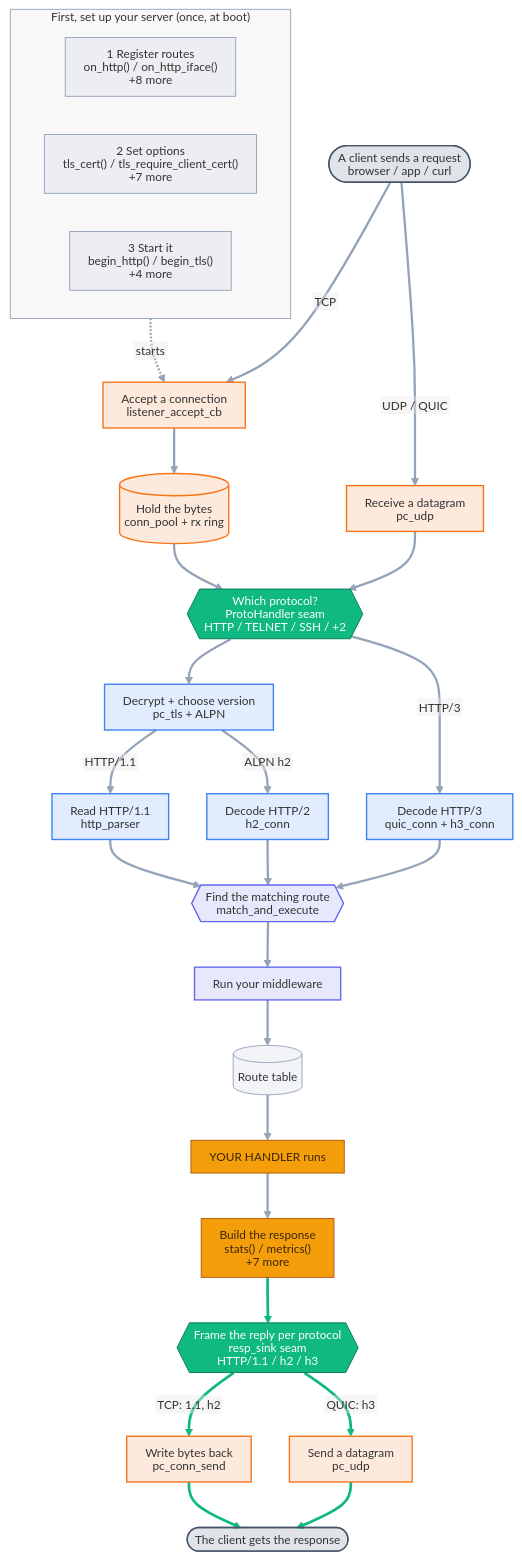
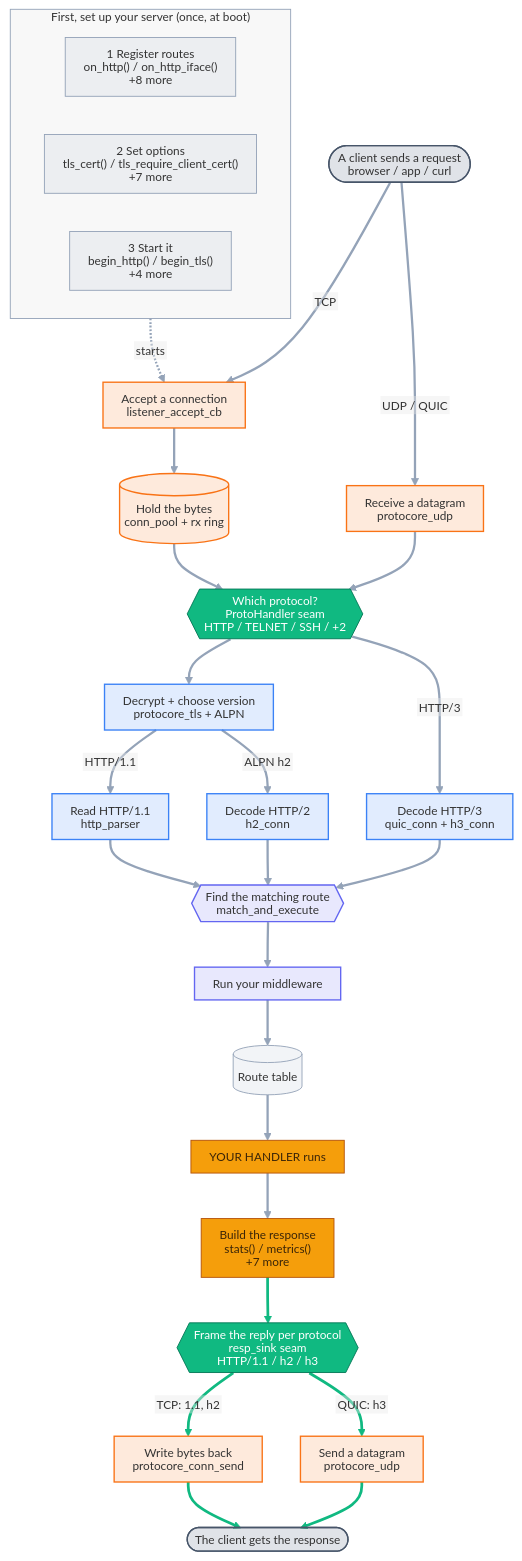
Before and after one commit to dstroy0/ProtoCore: the diagram in docs/diagrams/api_flow.mmd, drawn with Mermaid. The commit also changed 2534 other files, not shown here.

```diff
--- a/docs/diagrams/api_flow.mmd
+++ b/docs/diagrams/api_flow.mmd
@@ -1,69 +1,69 @@
 %%{init: {'htmlLabels':false,'themeVariables':{'fontFamily':'sans-serif','fontSize':'13px','lineColor':'#94a3b8'},'flowchart':{'curve':'basis','nodeSpacing':42,'rankSpacing':50,'padding':10,'useMaxWidth':true,'htmlLabels':false}}}%%
 flowchart TB
   %% Auto-generated from the public API, proto_builtins.c, and presentation/ on disk.
   subgraph SETUP["First, set up your server (once, at boot)"]
     direction LR
     reg["1 Register routes<br/>on_http() / on_http_iface()<br/>+8 more"]
     cfg["2 Set options<br/>tls_cert() / tls_require_client_cert()<br/>+7 more"]
     run["3 Start it<br/>begin_http() / begin_tls()<br/>+4 more"]
   end
 
   cin(["A client sends a request<br/>browser / app / curl"])
   listen["Accept a connection<br/>listener_accept_cb"]
   ring[("Hold the bytes<br/>conn_pool + rx ring")]
-  udprx["Receive a datagram<br/>pc_udp"]
+  udprx["Receive a datagram<br/>protocore_udp"]
   seam{{"Which protocol?<br/>ProtoHandler seam<br/>HTTP / TELNET / SSH / +2"}}
-  tls["Decrypt + choose version<br/>pc_tls + ALPN"]
+  tls["Decrypt + choose version<br/>protocore_tls + ALPN"]
   parser["Read HTTP/1.1<br/>http_parser"]
   h2["Decode HTTP/2<br/>h2_conn"]
   h3["Decode HTTP/3<br/>quic_conn + h3_conn"]
   mae{{"Find the matching route<br/>match_and_execute"}}
   mw["Run your middleware"]
   routes[("Route table")]
   handler["YOUR HANDLER runs"]
   resp["Build the response<br/>stats() / metrics()<br/>+7 more"]
   sink{{"Frame the reply per protocol<br/>resp_sink seam<br/>HTTP/1.1 / h2 / h3"}}
-  consend["Write bytes back<br/>pc_conn_send"]
-  udptx["Send a datagram<br/>pc_udp"]
+  consend["Write bytes back<br/>protocore_conn_send"]
+  udptx["Send a datagram<br/>protocore_udp"]
   cout(["The client gets the response"])
 
   run -.->|starts| listen
   cin ==>|TCP| listen
   listen --> ring
   ring --> seam
   cin ==>|UDP / QUIC| udprx
   udprx --> seam
   seam --> tls
   tls -->|HTTP/1.1| parser
   tls -->|ALPN h2| h2
   seam -->|HTTP/3| h3
   parser --> mae
   h2 --> mae
   h3 --> mae
   mae --> mw
   mw --> routes
   routes --> handler
   handler --> resp
   resp --> sink
   sink -->|TCP: 1.1, h2| consend
   sink -->|QUIC: h3| udptx
   consend ==> cout
   udptx ==> cout
 
   class cin,cout ext;
   class reg,cfg,run,routes setup;
   class listen,ring,udprx,udptx,consend l4;
   class seam,sink seam;
   class tls,parser,h2,h3 l6;
   class mae,mw l7;
   class handler,resp you;
   classDef ext fill:#64748b33,stroke:#475569,stroke-width:1.5px;
   classDef setup fill:#94a3b81f,stroke:#94a3b8;
   classDef l4 fill:#f9731626,stroke:#f97316,stroke-width:1.5px;
   classDef seam fill:#10b981,stroke:#047857,color:#ffffff;
   classDef l6 fill:#3b82f626,stroke:#3b82f6,stroke-width:1.5px;
   classDef l7 fill:#6366f126,stroke:#6366f1,stroke-width:1.5px;
   classDef you fill:#f59e0b,stroke:#b45309,color:#3b2508;
   style SETUP fill:#8888880f,stroke:#94a3b8,stroke-width:1px;
   linkStyle default stroke-width:2.5px;
   linkStyle 17,18,19,20,21 stroke:#10b981,stroke-width:3px;
```
